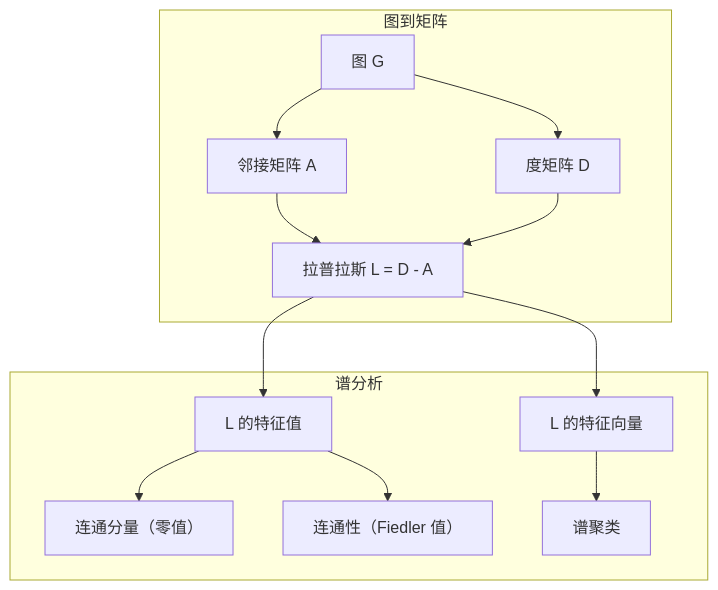
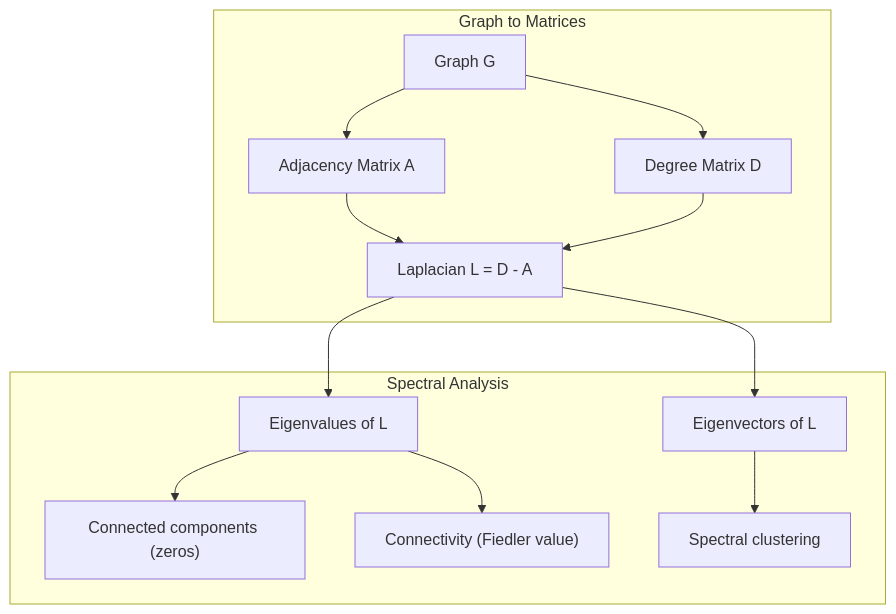
The first of 2 diagrams in i18n/zh/phases/01-math-foundations/21-graph-theory/docs/zh.md (xiaojiaenen/ai-engineering-from-scratch-zh), drawn with Mermaid before and after one commit. The commit also changed other lines of this file and 22 other files, not shown here.

````diff
--- a/i18n/zh/phases/01-math-foundations/21-graph-theory/docs/zh.md
+++ b/i18n/zh/phases/01-math-foundations/21-graph-theory/docs/zh.md
@@ -155,16 +155,16 @@
 ```mermaid
 graph TD
-    subgraph "图到矩阵"
-        G["图 G"] --> A["邻接矩阵 A"]
-        G --> D["度矩阵 D"]
-        A --> L["拉普拉斯 L = D - A"]
+    subgraph "Graph to Matrices"
+        G["Graph G"] --> A["Adjacency Matrix A"]
+        G --> D["Degree Matrix D"]
+        A --> L["Laplacian L = D - A"]
         D --> L
     end
-    subgraph "谱分析"
-        L --> E["L 的特征值"]
-        L --> V["L 的特征向量"]
-        E --> C["连通分量（零值）"]
-        E --> F["连通性（Fiedler 值）"]
-        V --> S["谱聚类"]
+    subgraph "Spectral Analysis"
+        L --> E["Eigenvalues of L"]
+        L --> V["Eigenvectors of L"]
+        E --> C["Connected components (zeros)"]
+        E --> F["Connectivity (Fiedler value)"]
+        V --> S["Spectral clustering"]
     end
 ```
````
